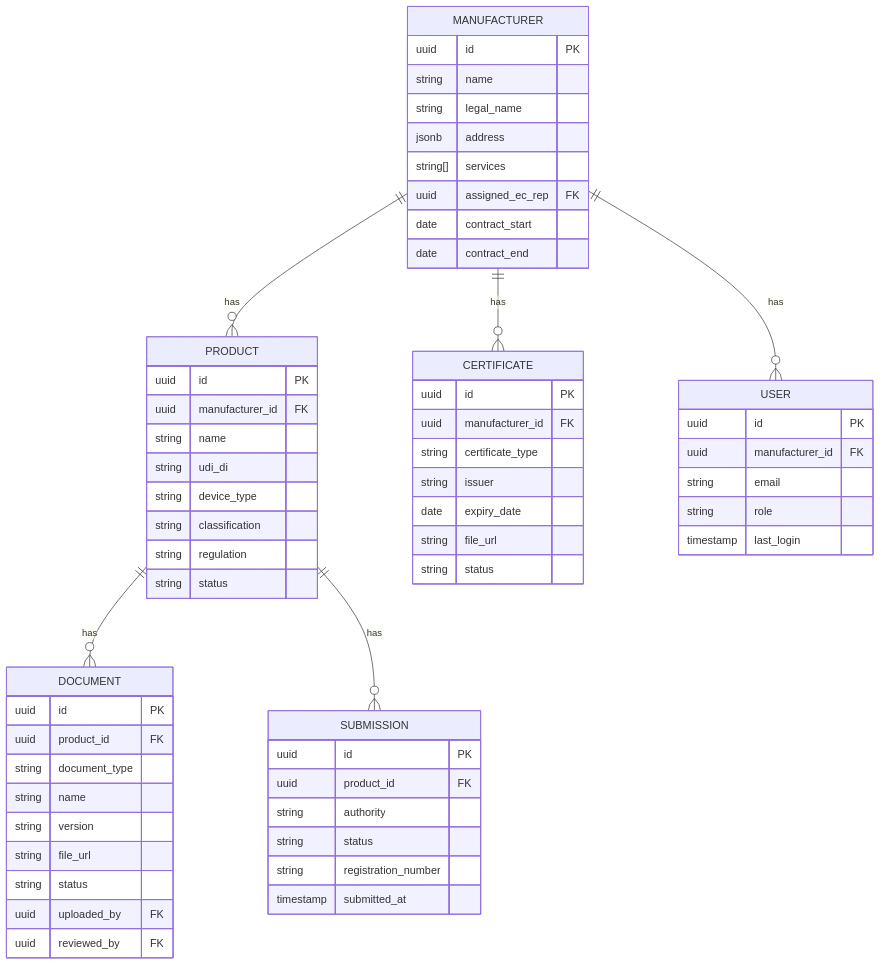
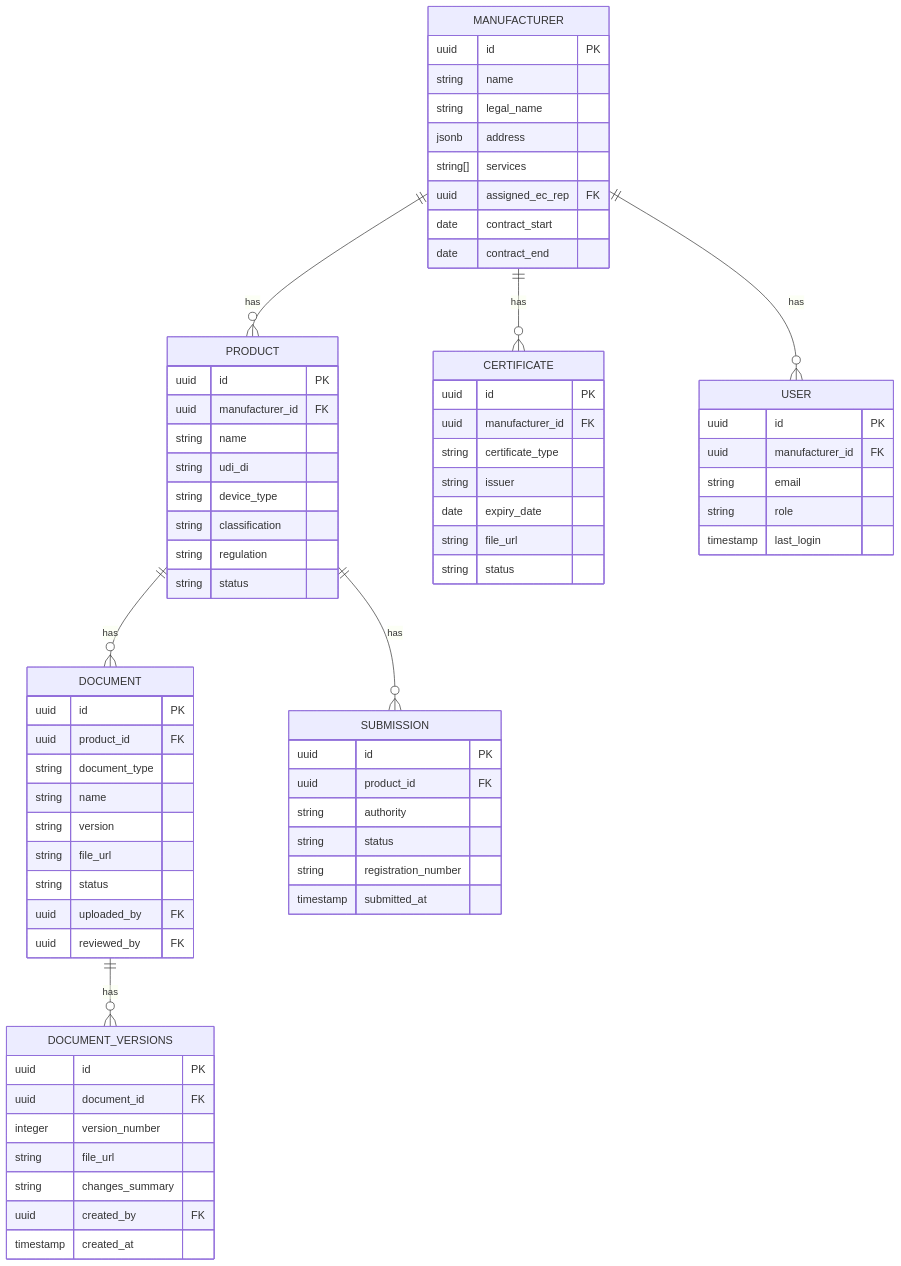
Before and after one commit to Ackie1980/AuthorizedRep: the seventh of 10 diagrams in diagrams/architecture-diagrams.md, drawn with Mermaid. The commit also changed 7 other files, not shown here.

````diff
--- a/diagrams/architecture-diagrams.md
+++ b/diagrams/architecture-diagrams.md
@@ -227,69 +227,81 @@
 ```mermaid
 erDiagram
     MANUFACTURER ||--o{ PRODUCT : has
     MANUFACTURER ||--o{ CERTIFICATE : has
     MANUFACTURER ||--o{ USER : has
     PRODUCT ||--o{ DOCUMENT : has
     PRODUCT ||--o{ SUBMISSION : has
 
     MANUFACTURER {
         uuid id PK
         string name
         string legal_name
         jsonb address
         string[] services
         uuid assigned_ec_rep FK
         date contract_start
         date contract_end
     }
 
     PRODUCT {
         uuid id PK
         uuid manufacturer_id FK
         string name
         string udi_di
         string device_type
         string classification
         string regulation
         string status
     }
 
     DOCUMENT {
         uuid id PK
         uuid product_id FK
         string document_type
         string name
         string version
         string file_url
         string status
         uuid uploaded_by FK
         uuid reviewed_by FK
     }
 
+    DOCUMENT ||--o{ DOCUMENT_VERSIONS : has
+
+    DOCUMENT_VERSIONS {
+        uuid id PK
+        uuid document_id FK
+        integer version_number
+        string file_url
+        string changes_summary
+        uuid created_by FK
+        timestamp created_at
+    }
+
     CERTIFICATE {
         uuid id PK
         uuid manufacturer_id FK
         string certificate_type
         string issuer
         date expiry_date
         string file_url
         string status
     }
 
     SUBMISSION {
         uuid id PK
         uuid product_id FK
         string authority
         string status
         string registration_number
         timestamp submitted_at
     }
 
     USER {
         uuid id PK
         uuid manufacturer_id FK
         string email
         string role
         timestamp last_login
     }
 ```
````
